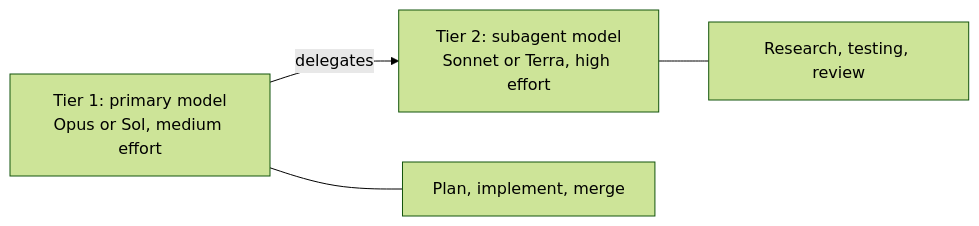
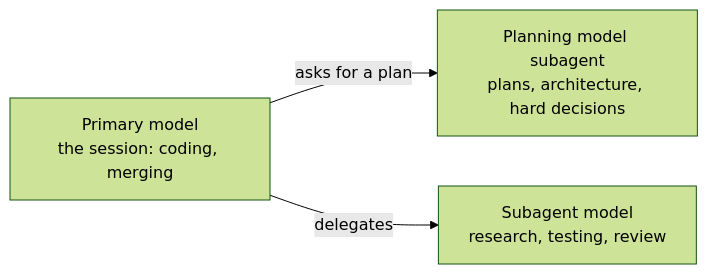
The second of 2 diagrams in README.md (mattsilv/harness), drawn with Mermaid (forest theme) before and after one commit. The commit also changed other lines of this file and 4 other files, not shown here.

Commit message:
Model tiers: planning model as a subagent of the primary session (v10)

````diff
--- a/README.md
+++ b/README.md
@@ -51,6 +51,5 @@
 ```mermaid
 flowchart LR
-  T1["Tier 1: primary model<br>Opus or Sol, medium effort"] -->|delegates| T2["Tier 2: subagent model<br>Sonnet or Terra, high effort"]
-  T1 --- W1[Plan, implement, merge]
-  T2 --- W2[Research, testing, review]
+  T2["Primary model<br>the session: coding, merging"] -->|asks for a plan| T1["Planning model subagent<br>plans, architecture, hard decisions"]
+  T2 -->|delegates| T3["Subagent model<br>research, testing, review"]
 ```
````
